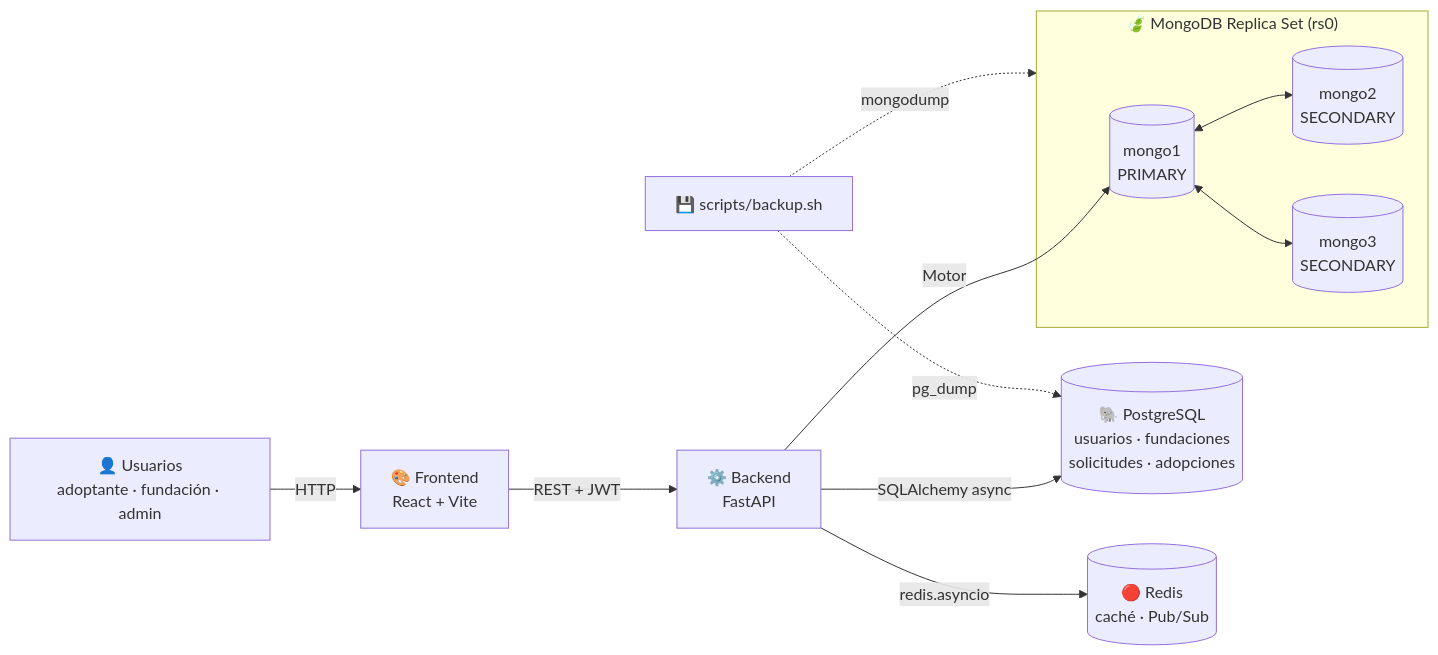
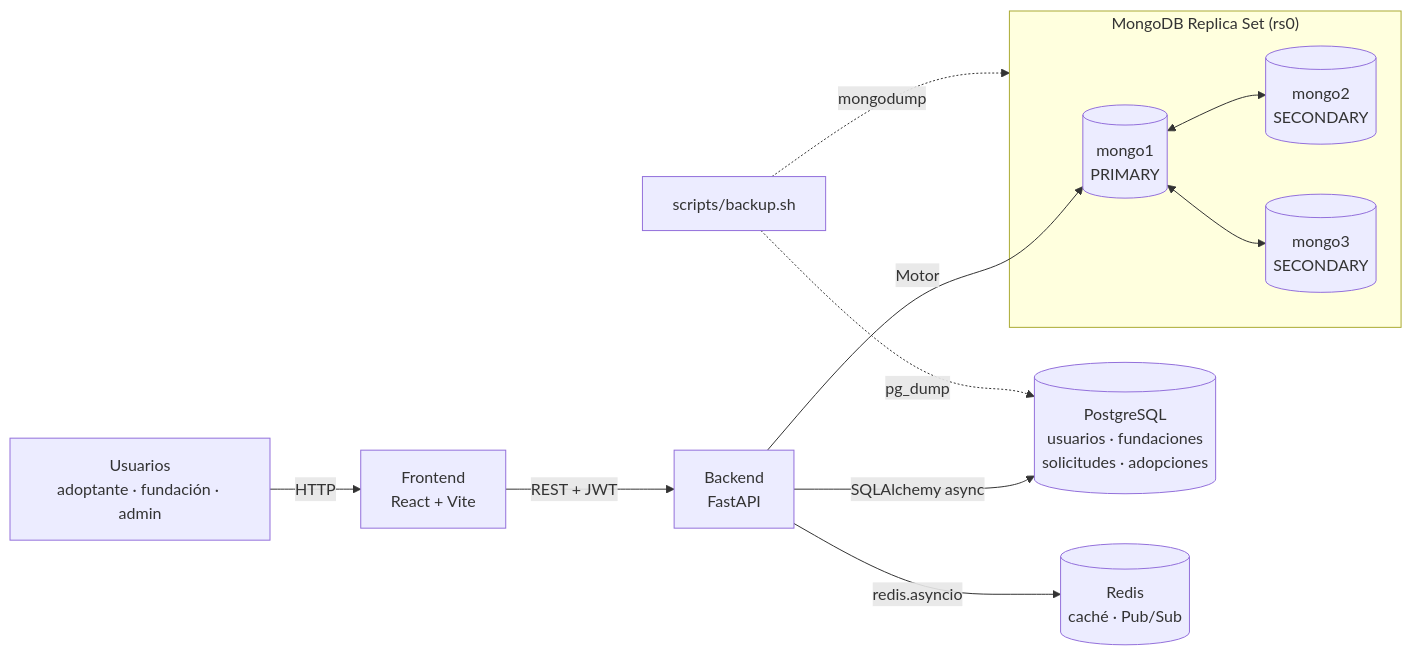
The diagram in README.md (anunezb18/mi-mascota), drawn with Mermaid before and after one commit. The commit also changed other lines of this file and 4 other files, not shown here.

````diff
--- a/README.md
+++ b/README.md
@@ -47,17 +47,17 @@
 ```mermaid
 flowchart LR
-    U["👤 Usuarios<br/>adoptante · fundación · admin"] -->|HTTP| FE["🎨 Frontend<br/>React + Vite"]
-    FE -->|"REST + JWT"| API["⚙️ Backend<br/>FastAPI"]
+    U["Usuarios<br/>adoptante · fundación · admin"] -->|HTTP| FE["Frontend<br/>React + Vite"]
+    FE -->|"REST + JWT"| API["Backend<br/>FastAPI"]
 
-    API -->|"SQLAlchemy async"| PG[("🐘 PostgreSQL<br/>usuarios · fundaciones<br/>solicitudes · adopciones")]
+    API -->|"SQLAlchemy async"| PG[("PostgreSQL<br/>usuarios · fundaciones<br/>solicitudes · adopciones")]
     API -->|Motor| M1
-    API -->|redis.asyncio| R[("🔴 Redis<br/>caché · Pub/Sub")]
+    API -->|redis.asyncio| R[("Redis<br/>caché · Pub/Sub")]
 
-    subgraph RS["🍃 MongoDB Replica Set (rs0)"]
+    subgraph RS["MongoDB Replica Set (rs0)"]
         M1[("mongo1<br/>PRIMARY")] <--> M2[("mongo2<br/>SECONDARY")]
         M1 <--> M3[("mongo3<br/>SECONDARY")]
     end
 
-    B["💾 scripts/backup.sh"] -.->|pg_dump| PG
+    B["scripts/backup.sh"] -.->|pg_dump| PG
     B -.->|mongodump| RS
 ```
````
